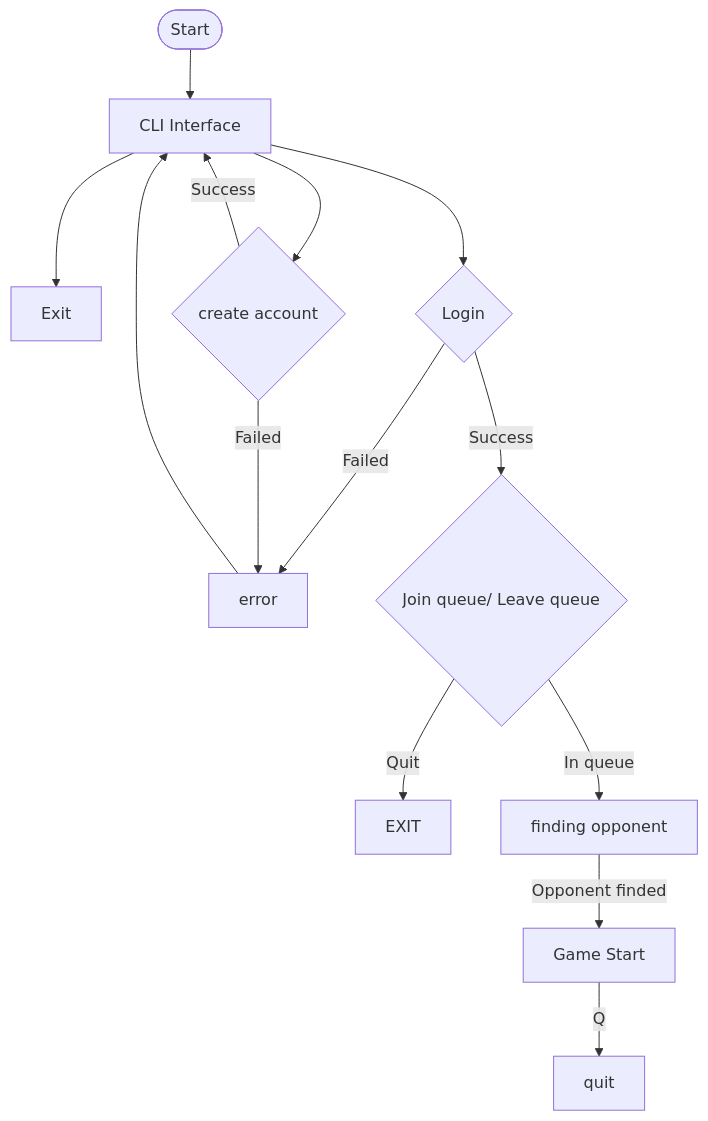
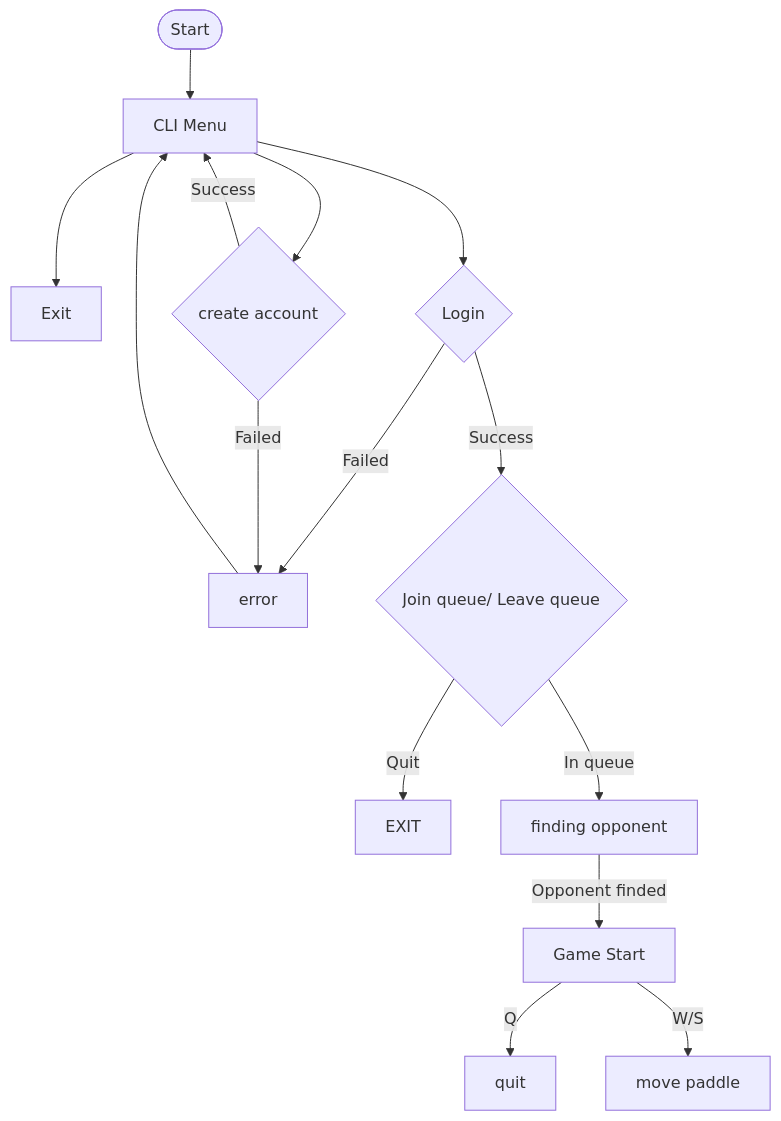
The diagram in README.md (andergroundvrej/test), drawn with Mermaid before and after one commit. The commit also changed other lines of this file, not shown here.

First line of the commit message:
Revise CLI documentation for clarity and detail

````diff
--- a/README.md
+++ b/README.md
@@ -40,16 +51,17 @@
 ```mermaid
 flowchart TD
-A([Start]) --> J[CLI Interface]
+A([Start]) --> J[CLI Menu]
 J --> Z[Exit]
 J --> C{create account}
 J --> B{Login}
 B -- Failed --> I[error]
 I --> J
 C -- Failed --> I
 B -- Success --> D{Join queue/ Leave queue}
 D -- Quit --> E[EXIT]
 C -- Success --> J
 D -- In queue --> F[finding opponent]
 F -- Opponent finded --> G[Game Start]
 G -- Q --> H[quit]
+G -- W/S --> Y[move paddle]
 ```
````
